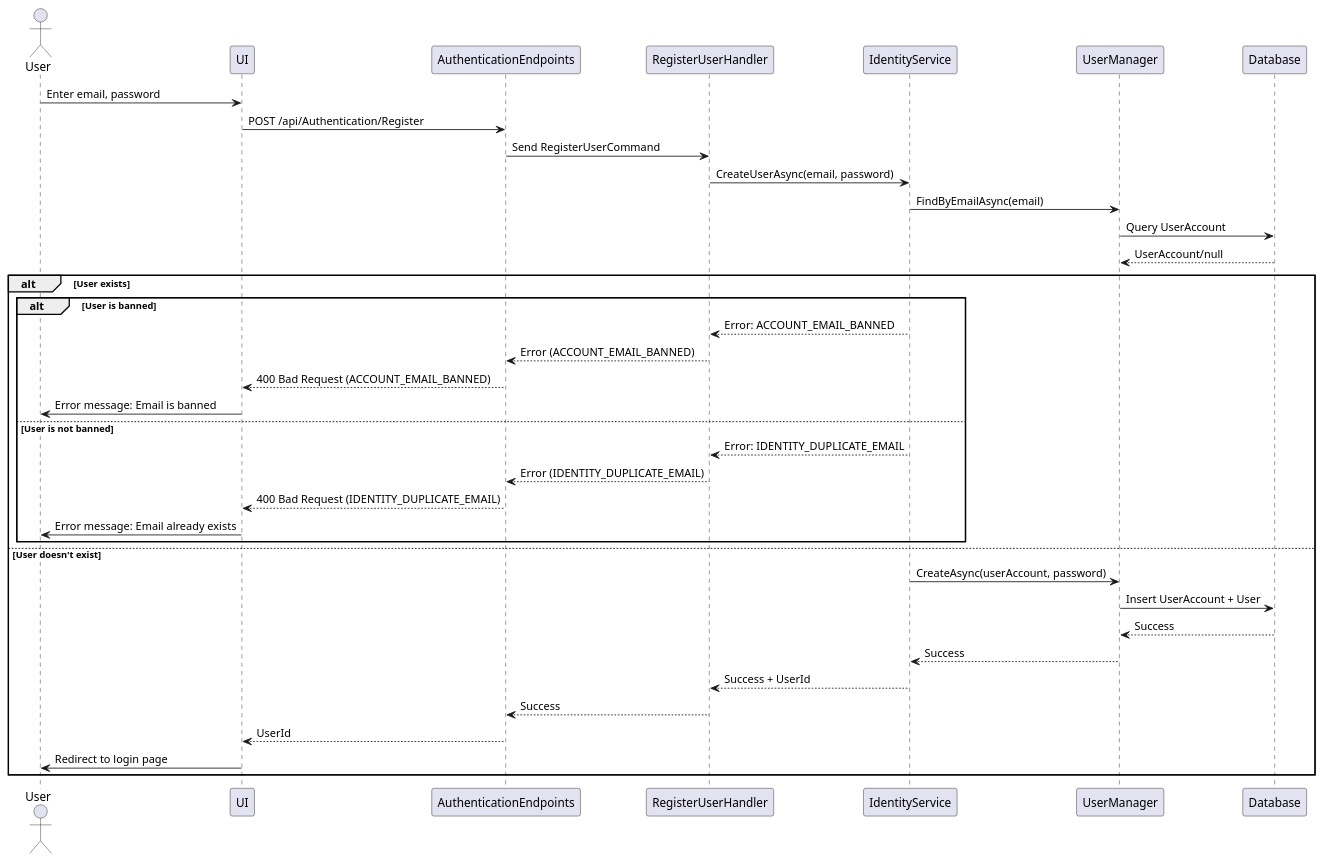
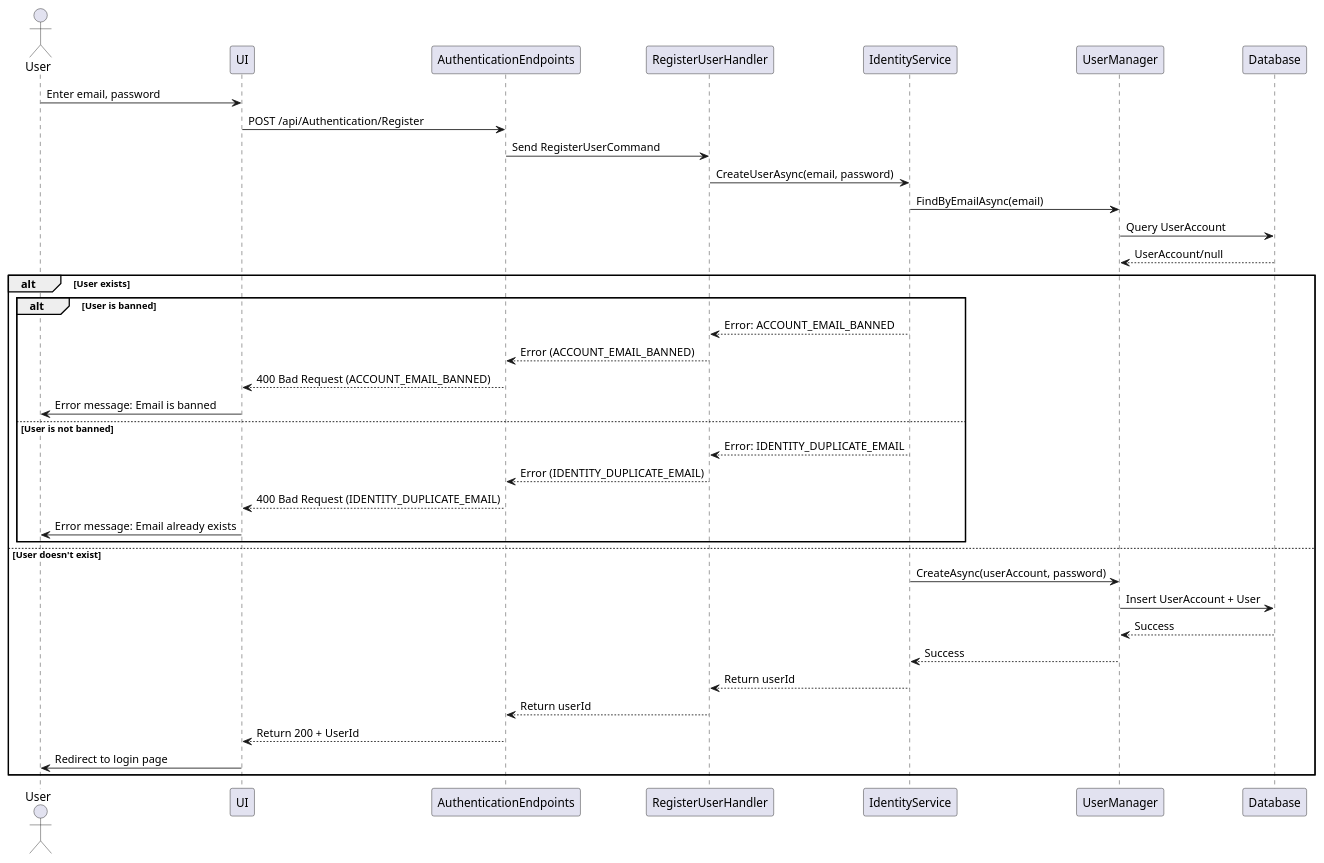
Before and after one commit to thanhkhac/SEP_Diagram: the diagram in authentication/Sequence/01_Register.puml, drawn with PlantUML. The commit also changed 8 other files, not shown here.

First line of the commit message:
Update authentication sequence diagrams for clarity and consistency

```diff
--- a/authentication/Sequence/01_Register.puml
+++ b/authentication/Sequence/01_Register.puml
@@ -1,39 +1,39 @@
 @startuml
 actor User
 participant UI
 participant AuthenticationEndpoints
 participant RegisterUserHandler
 participant IdentityService
 participant UserManager
 participant Database
 
 User -> UI : Enter email, password
 UI -> AuthenticationEndpoints : POST /api/Authentication/Register
 AuthenticationEndpoints -> RegisterUserHandler : Send RegisterUserCommand
 RegisterUserHandler -> IdentityService : CreateUserAsync(email, password)
 IdentityService -> UserManager : FindByEmailAsync(email)
 UserManager -> Database : Query UserAccount
 Database --> UserManager : UserAccount/null
 alt User exists
     alt User is banned
         IdentityService --> RegisterUserHandler : Error: ACCOUNT_EMAIL_BANNED
         RegisterUserHandler --> AuthenticationEndpoints : Error (ACCOUNT_EMAIL_BANNED)
         AuthenticationEndpoints --> UI : 400 Bad Request (ACCOUNT_EMAIL_BANNED)
         UI -> User : Error message: Email is banned
     else User is not banned
         IdentityService --> RegisterUserHandler : Error: IDENTITY_DUPLICATE_EMAIL
         RegisterUserHandler --> AuthenticationEndpoints : Error (IDENTITY_DUPLICATE_EMAIL)
         AuthenticationEndpoints --> UI : 400 Bad Request (IDENTITY_DUPLICATE_EMAIL)
         UI -> User : Error message: Email already exists
     end
 else User doesn't exist
     IdentityService -> UserManager : CreateAsync(userAccount, password)
     UserManager -> Database : Insert UserAccount + User
     Database --> UserManager : Success
     UserManager --> IdentityService : Success
-    IdentityService --> RegisterUserHandler : Success + UserId
-    RegisterUserHandler --> AuthenticationEndpoints : Success
-    AuthenticationEndpoints --> UI : UserId
+    IdentityService --> RegisterUserHandler : Return userId
+    RegisterUserHandler --> AuthenticationEndpoints : Return userId
+    AuthenticationEndpoints --> UI : Return 200 + UserId
     UI -> User : Redirect to login page
 end
 @enduml
```
